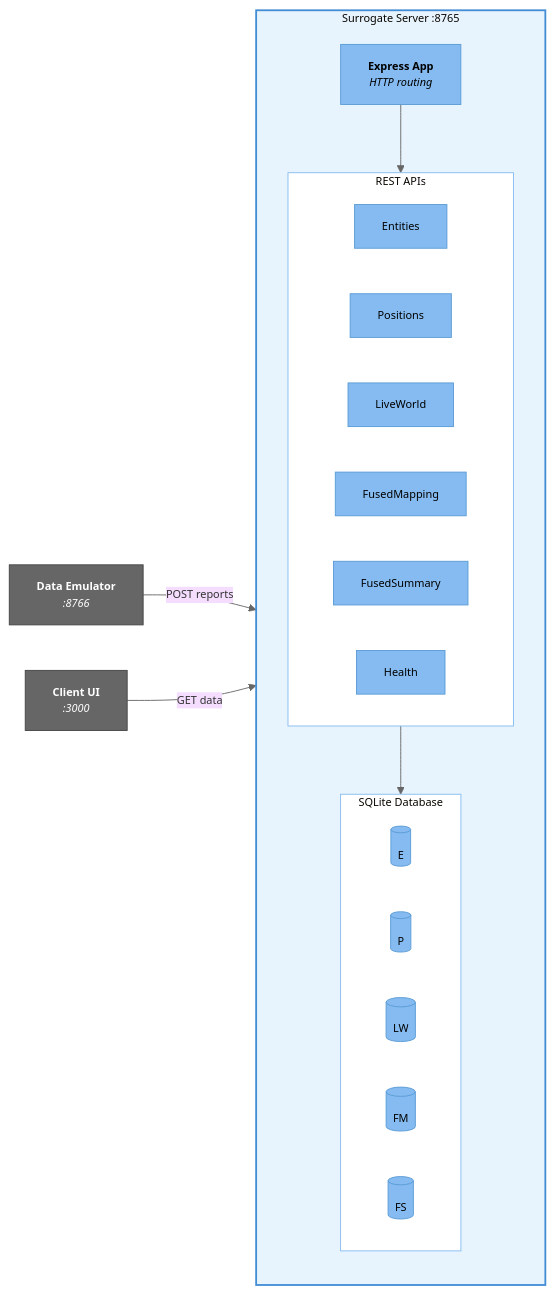
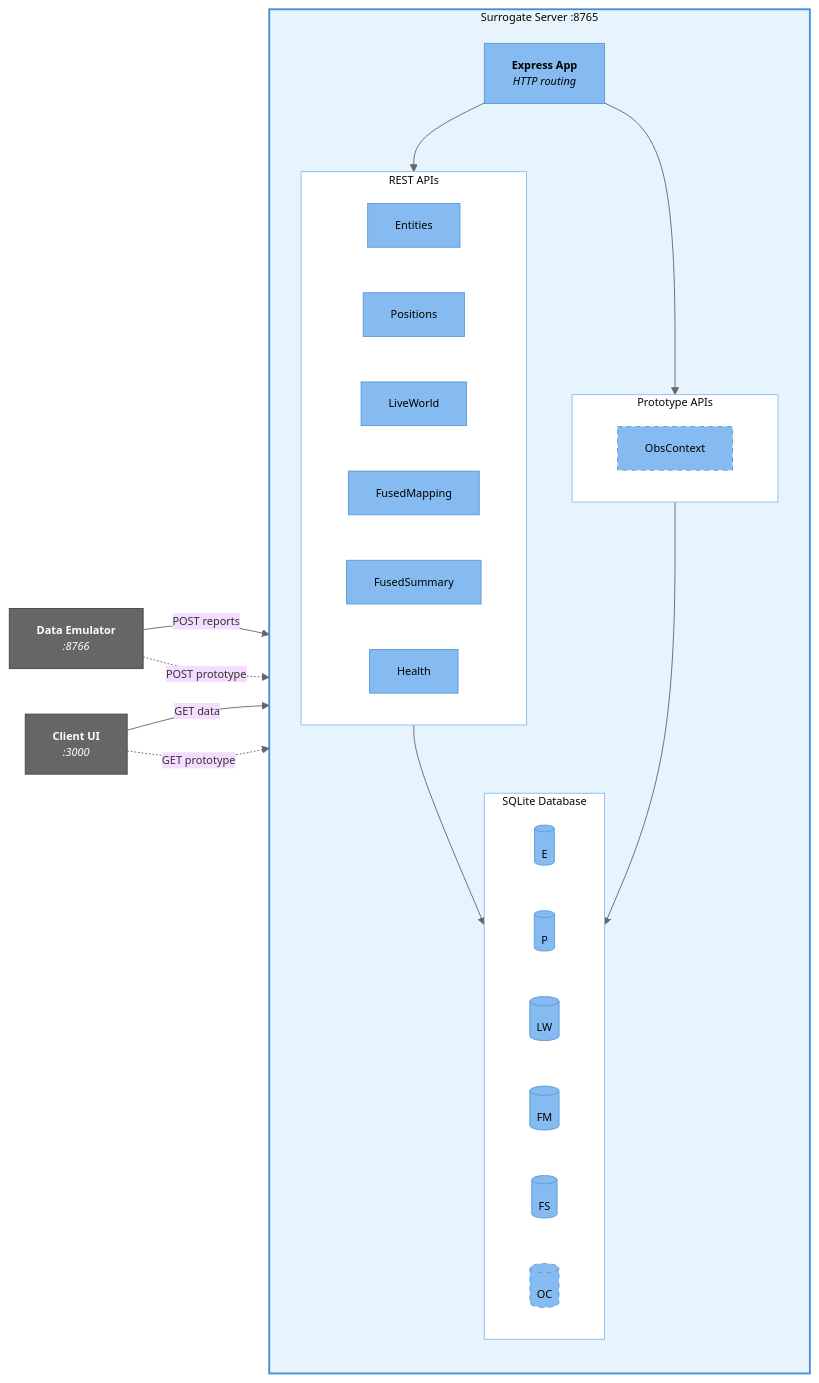
Before and after one commit to ericpauls/disco_workspace: the third of 6 diagrams in docs/c4-architecture-diagram.md, drawn with Mermaid. The commit also changed other lines of this file and 4 other files, not shown here.

First line of the commit message:
feat: Observation context prototype — AOA/LOB across all components

````diff
--- a/docs/c4-architecture-diagram.md
+++ b/docs/c4-architecture-diagram.md
@@ -106,45 +106,56 @@
 ```mermaid
 %%{init: {'theme': 'base', 'themeVariables': { 'lineColor': '#666', 'fontSize': '12px'}}}%%
 flowchart LR
     subgraph server["Surrogate Server :8765"]
         direction TB
         express["<b>Express App</b><br/><i>HTTP routing</i>"]
 
         subgraph apis["REST APIs"]
             entities["Entities"]
             positions["Positions"]
             liveworld["LiveWorld"]
             fusedMapping["FusedMapping"]
             fusedSummary["FusedSummary"]
             health["Health"]
         end
 
+        subgraph proto_apis["Prototype APIs"]
+            obsctx_api["ObsContext"]
+        end
+
         subgraph stores["SQLite Database"]
             e_db[("E")]
             p_db[("P")]
             lw_db[("LW")]
             fm_db[("FM")]
             fs_db[("FS")]
+            oc_db[("OC")]
         end
 
         express --> apis
+        express --> proto_apis
         apis --> stores
+        proto_apis --> stores
     end
 
     emulator["<b>Data Emulator</b><br/><i>:8766</i>"]
     client["<b>Client UI</b><br/><i>:3000</i>"]
 
     emulator -->|POST reports| apis
+    emulator -.->|POST prototype| proto_apis
     client -->|GET data| apis
+    client -.->|GET prototype| proto_apis
 
     classDef comp fill:#85BBF0,stroke:#5A9BD5,color:#000
+    classDef proto fill:#85BBF0,stroke:#5A9BD5,color:#000,stroke-dasharray: 5 5
     classDef sbox fill:#E8F4FD,stroke:#438DD5,stroke-width:2px
     classDef ext fill:#666,stroke:#444,color:#fff
     classDef inner fill:#fff,stroke:#85BBF0,stroke-width:1px
 
     class express,entities,positions,liveworld,fusedMapping,fusedSummary,health comp
     class e_db,p_db,lw_db,fm_db,fs_db comp
+    class obsctx_api,oc_db proto
     class server sbox
     class emulator,client ext
-    class apis,stores inner
+    class apis,stores,proto_apis inner
 ```
````
